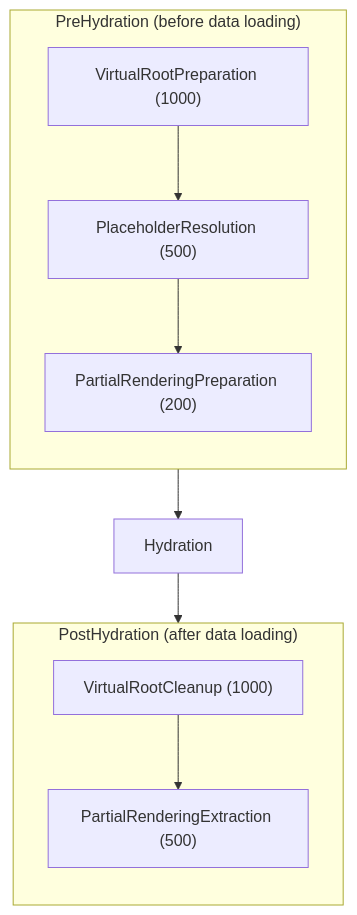
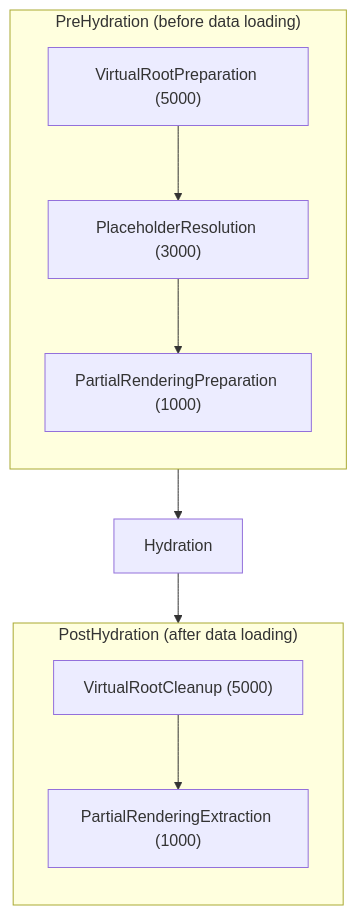
Before and after one commit to shopware/shopware: the diagram in src/Core/Content/ContentSystem/EventSubscriber/README.md, drawn with Mermaid. The commit also changed other lines of this file and 7 other files, not shown here.

````diff
--- a/src/Core/Content/ContentSystem/EventSubscriber/README.md
+++ b/src/Core/Content/ContentSystem/EventSubscriber/README.md
@@ -9,21 +9,21 @@
 ```mermaid
 flowchart TB
     subgraph pre["PreHydration (before data loading)"]
         direction TB
-        P1["VirtualRootPreparation (1000)"]
-        P2["PlaceholderResolution (500)"]
-        P3["PartialRenderingPreparation (200)"]
+        P1["VirtualRootPreparation (5000)"]
+        P2["PlaceholderResolution (3000)"]
+        P3["PartialRenderingPreparation (1000)"]
         P1 --> P2 --> P3
     end
 
     H["Hydration"]
 
     subgraph post["PostHydration (after data loading)"]
         direction TB
-        A1["VirtualRootCleanup (1000)"]
-        A2["PartialRenderingExtraction (500)"]
+        A1["VirtualRootCleanup (5000)"]
+        A2["PartialRenderingExtraction (1000)"]
         A1 --> A2
     end
 
     pre --> H --> post
 ```
````
